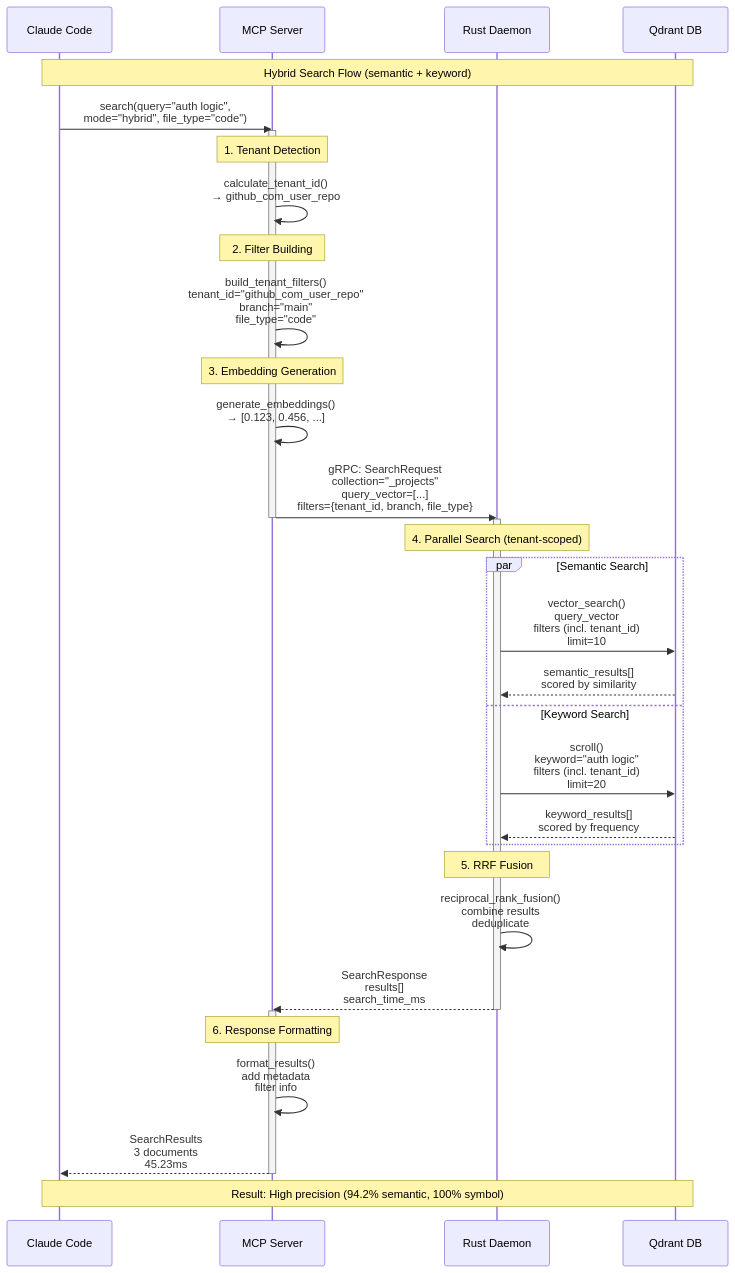
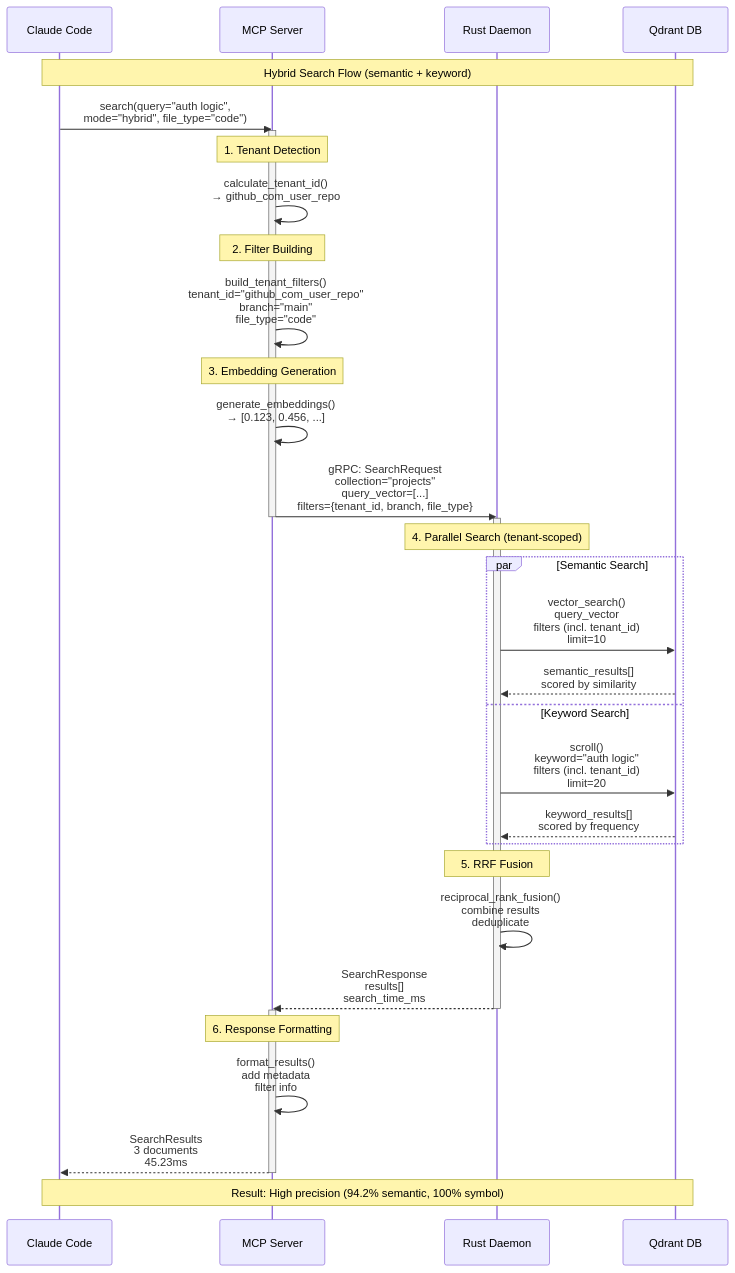
One commit to ChrisGVE/workspace-qdrant-mcp changed the fifth of 13 diagrams in docs/ARCHITECTURE.md. Above: the diagram before and after it, drawn with Mermaid. The commit also changed other lines of this file and 1 other file, not shown here.

First line of the commit message:
docs: consolidate documentation and align with canonical architecture

````diff
--- a/docs/ARCHITECTURE.md
+++ b/docs/ARCHITECTURE.md
@@ -297,50 +299,50 @@
 ```mermaid
 sequenceDiagram
     participant Claude as Claude Code
     participant MCP as MCP Server
     participant Daemon as Rust Daemon
     participant Qdrant as Qdrant DB
 
     Note over Claude,Qdrant: Hybrid Search Flow (semantic + keyword)
 
     Claude->>MCP: search(query="auth logic",<br/>mode="hybrid", file_type="code")
 
     activate MCP
     Note over MCP: 1. Tenant Detection
     MCP->>MCP: calculate_tenant_id()<br/>→ github_com_user_repo
 
     Note over MCP: 2. Filter Building
     MCP->>MCP: build_tenant_filters()<br/>tenant_id="github_com_user_repo"<br/>branch="main"<br/>file_type="code"
 
     Note over MCP: 3. Embedding Generation
     MCP->>MCP: generate_embeddings()<br/>→ [0.123, 0.456, ...]
 
-    MCP->>Daemon: gRPC: SearchRequest<br/>collection="_projects"<br/>query_vector=[...]<br/>filters={tenant_id, branch, file_type}
+    MCP->>Daemon: gRPC: SearchRequest<br/>collection="projects"<br/>query_vector=[...]<br/>filters={tenant_id, branch, file_type}
     deactivate MCP
 
     activate Daemon
     Note over Daemon: 4. Parallel Search (tenant-scoped)
 
     par Semantic Search
         Daemon->>Qdrant: vector_search()<br/>query_vector<br/>filters (incl. tenant_id)<br/>limit=10
         Qdrant-->>Daemon: semantic_results[]<br/>scored by similarity
     and Keyword Search
         Daemon->>Qdrant: scroll()<br/>keyword="auth logic"<br/>filters (incl. tenant_id)<br/>limit=20
         Qdrant-->>Daemon: keyword_results[]<br/>scored by frequency
     end
 
     Note over Daemon: 5. RRF Fusion
     Daemon->>Daemon: reciprocal_rank_fusion()<br/>combine results<br/>deduplicate
 
     Daemon-->>MCP: SearchResponse<br/>results[]<br/>search_time_ms
     deactivate Daemon
 
     activate MCP
     Note over MCP: 6. Response Formatting
     MCP->>MCP: format_results()<br/>add metadata<br/>filter info
 
     MCP-->>Claude: SearchResults<br/>3 documents<br/>45.23ms
     deactivate MCP
 
     Note over Claude,Qdrant: Result: High precision (94.2% semantic, 100% symbol)
 ```
````
